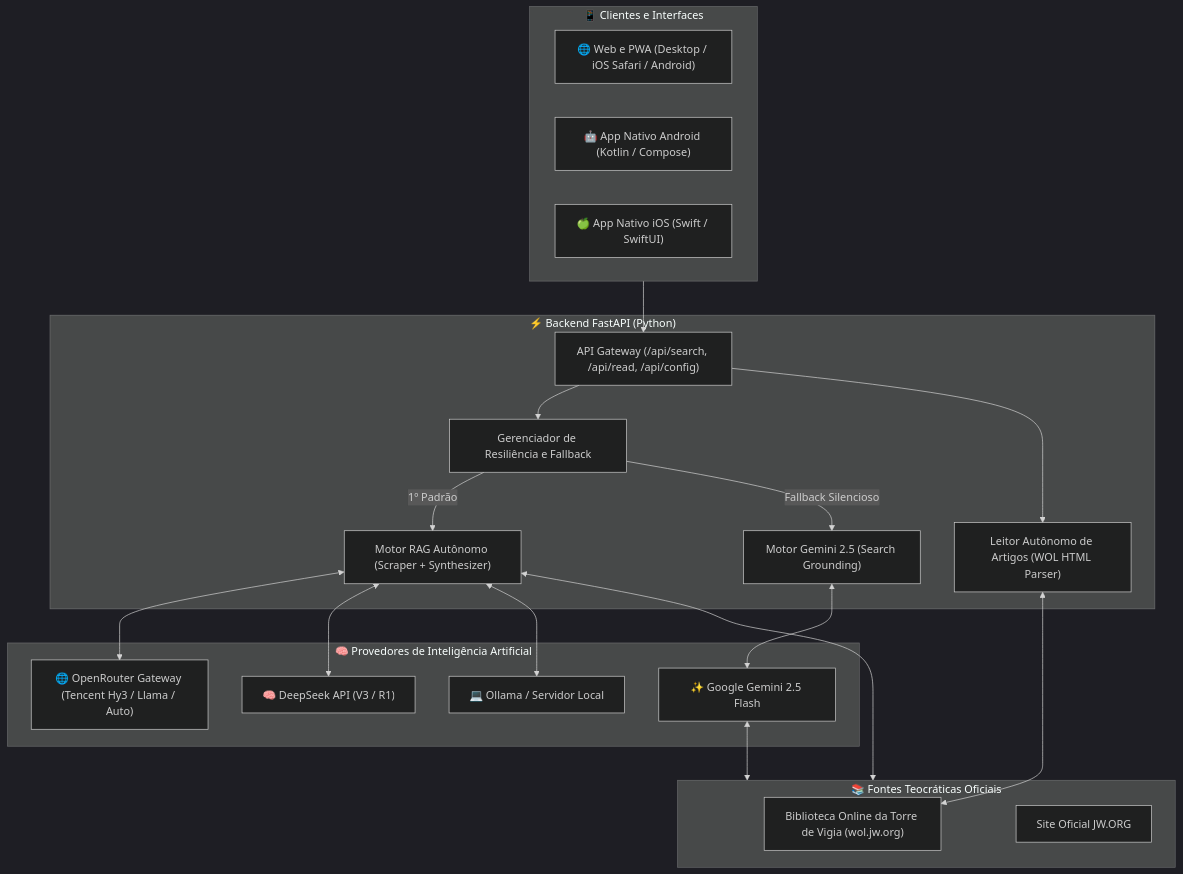
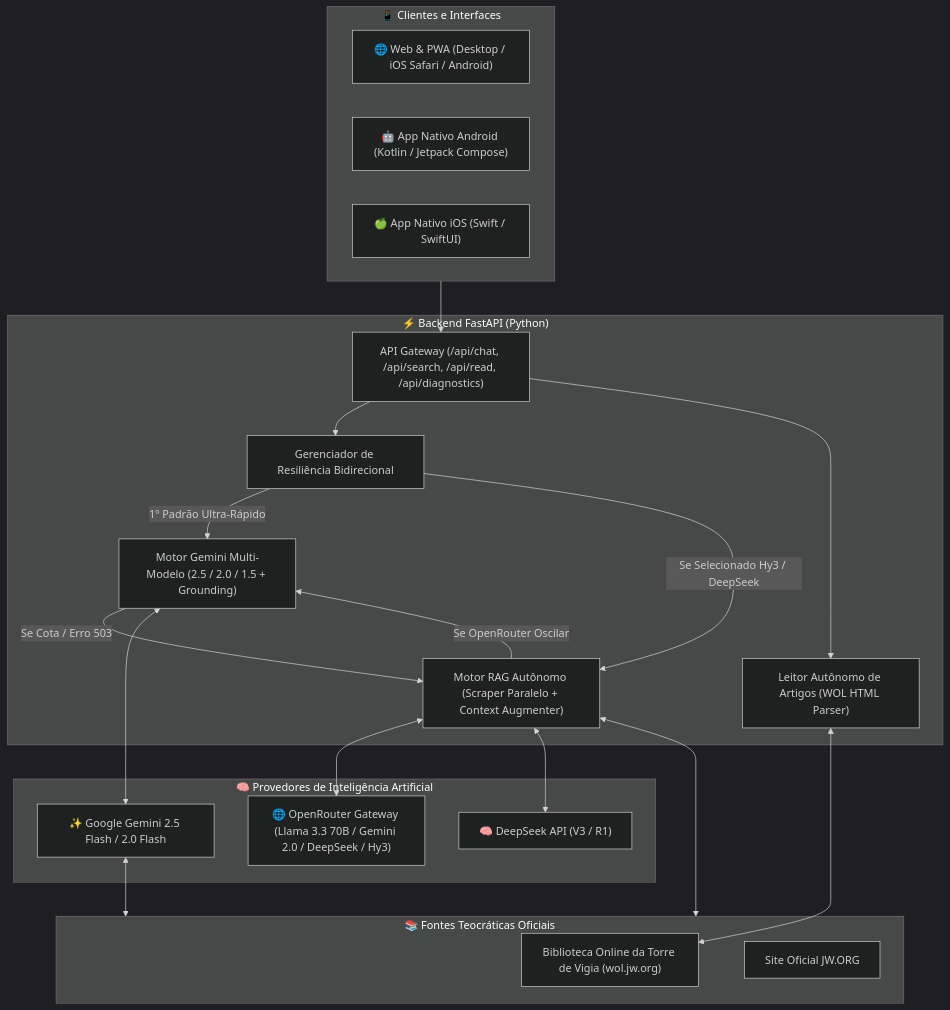
Before and after one commit to victtaum/jw-search: the diagram in README.md, drawn with Mermaid (dark theme). The commit also changed other lines of this file, not shown here.

Commit message:
docs: comprehensive system documentation including autonomous RAG, bidirectional resilience, real-time diagnostics panel, and multi-model fail-safes

````diff
--- a/README.md
+++ b/README.md
@@ -9,42 +9,42 @@
 ```mermaid
 flowchart TD
     subgraph Clientes["📱 Clientes e Interfaces"]
-        Web["🌐 Web e PWA (Desktop / iOS Safari / Android)"]
-        Android["🤖 App Nativo Android (Kotlin / Compose)"]
+        Web["🌐 Web & PWA (Desktop / iOS Safari / Android)"]
+        Android["🤖 App Nativo Android (Kotlin / Jetpack Compose)"]
         iOS["🍏 App Nativo iOS (Swift / SwiftUI)"]
     end
 
     subgraph Backend["⚡ Backend FastAPI (Python)"]
-        Router["API Gateway (/api/search, /api/read, /api/config)"]
-        Fallback["Gerenciador de Resiliência e Fallback"]
-        RAGEngine["Motor RAG Autônomo (Scraper + Synthesizer)"]
-        GeminiEngine["Motor Gemini 2.5 (Search Grounding)"]
+        Router["API Gateway (/api/chat, /api/search, /api/read, /api/diagnostics)"]
+        Resilience["Gerenciador de Resiliência Bidirecional"]
+        RAGEngine["Motor RAG Autônomo (Scraper Paralelo + Context Augmenter)"]
+        GeminiEngine["Motor Gemini Multi-Modelo (2.5 / 2.0 / 1.5 + Grounding)"]
         WOLReader["Leitor Autônomo de Artigos (WOL HTML Parser)"]
     end
 
     subgraph LLMs["🧠 Provedores de Inteligência Artificial"]
-        OR["🌐 OpenRouter Gateway (Tencent Hy3 / Llama / Auto)"]
-        Google["✨ Google Gemini 2.5 Flash"]
+        OR["🌐 OpenRouter Gateway (Llama 3.3 70B / Gemini 2.0 / DeepSeek / Hy3)"]
+        Google["✨ Google Gemini 2.5 Flash / 2.0 Flash"]
         DeepSeek["🧠 DeepSeek API (V3 / R1)"]
-        Local["💻 Ollama / Servidor Local"]
     end
 
     subgraph Fontes["📚 Fontes Teocráticas Oficiais"]
         WOL["Biblioteca Online da Torre de Vigia (wol.jw.org)"]
         JW["Site Oficial JW.ORG"]
     end
 
     Clientes --> Router
-    Router --> Fallback
-    Fallback -->|1º Padrão| RAGEngine
-    Fallback -->|Fallback Silencioso| GeminiEngine
+    Router --> Resilience
+    Resilience -->|1º Padrão Ultra-Rápido| GeminiEngine
+    GeminiEngine -->|Se Cota / Erro 503| RAGEngine
+    Resilience -->|Se Selecionado Hy3 / DeepSeek| RAGEngine
+    RAGEngine -->|Se OpenRouter Oscilar| GeminiEngine
     
     RAGEngine <--> Fontes
     RAGEngine <--> OR
     RAGEngine <--> DeepSeek
-    RAGEngine <--> Local
     GeminiEngine <--> Google
     Google <--> Fontes
     Router --> WOLReader
     WOLReader <--> WOL
 ```
````
